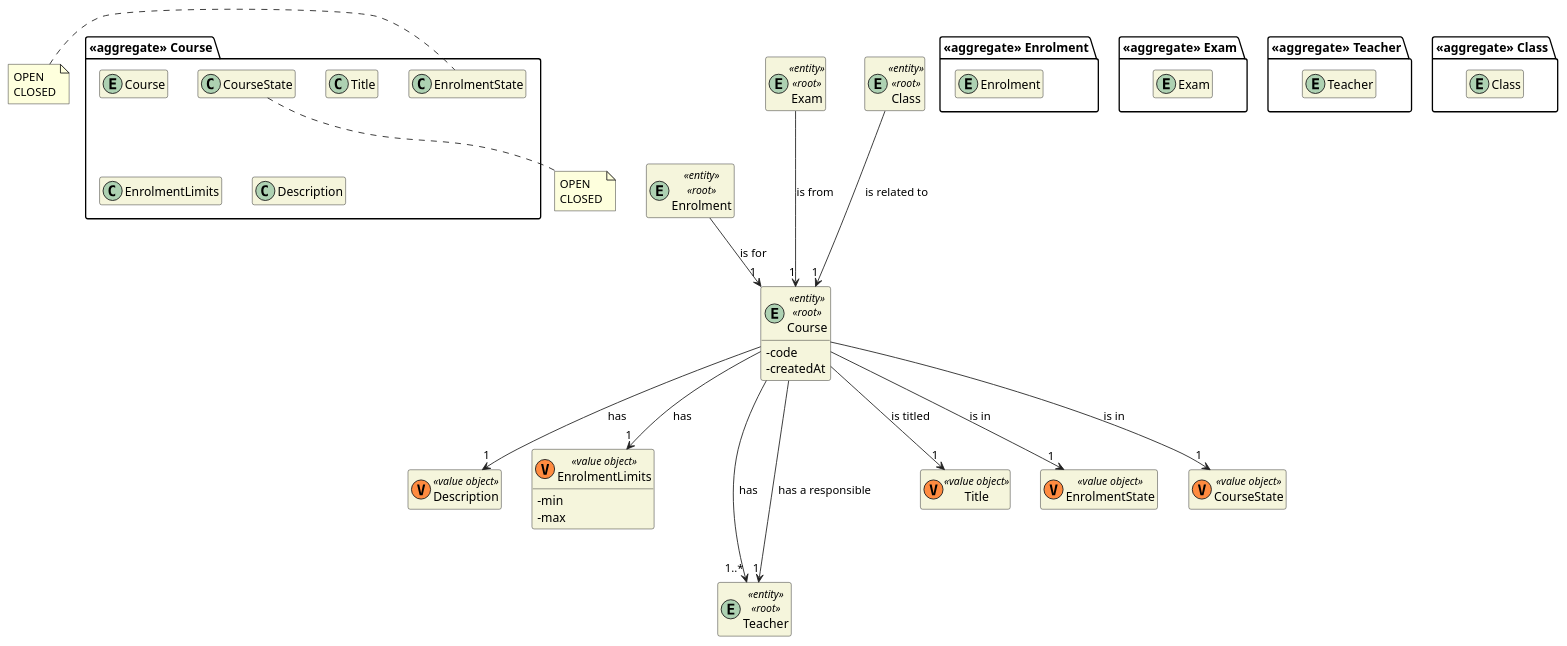
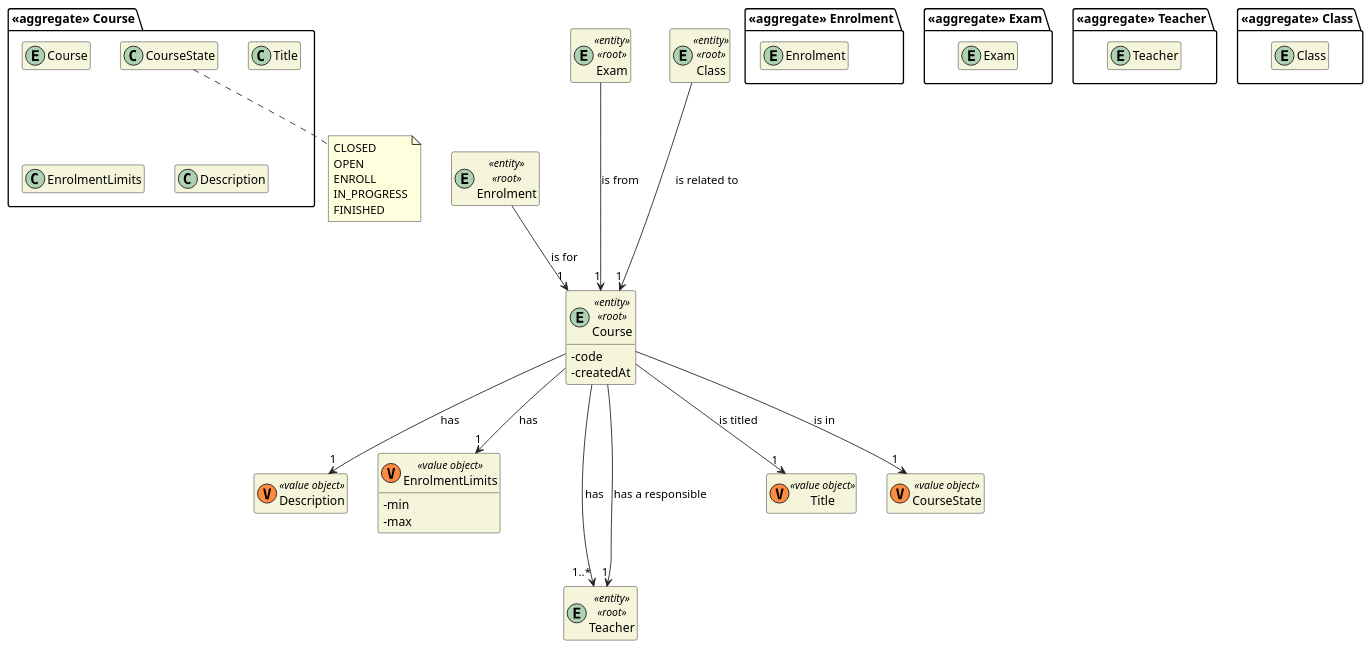
One commit to miseEnPlace-dev/lapr4 changed the diagram in docs/dm/DM_Course.puml. Above: the diagram before and after it, drawn with PlantUML. The commit also changed 15 other files, not shown here.

```diff
--- a/docs/dm/DM_Course.puml
+++ b/docs/dm/DM_Course.puml
@@ -1,81 +1,77 @@
 @startuml DM-COURSE
 'https://plantuml.com/class-diagram
 
 skinparam classAttributeIconSize 0
 hide empty attributes
 hide empty methods
 skinparam classBackgroundColor beige
 skinparam ArrowColor #222222
 
 package "<<aggregate>> Course" {
   entity Course
 
   class Title
-  class EnrolmentState
   class CourseState
 
   class EnrolmentLimits
   class Description
 }
 
 class Description <<(V,#FF8B40) value object>> {}
 class EnrolmentLimits <<(V,#FF8B40) value object>> {
   - min
   - max
 }
 
 package "<<aggregate>> Enrolment" {
   entity Enrolment
 }
 
 entity Course <<entity>> <<root>> {
   - code
   - createdAt
 }
 
 entity Enrolment <<entity>> <<root>> {
 }
 
 package "<<aggregate>> Exam" {
   entity Exam
 }
 
 entity Exam <<entity>> <<root>> {
 }
 
 package "<<aggregate>> Teacher" {
   entity Teacher
 }
 
 entity Teacher <<entity>> <<root>> {
 }
 
 package "<<aggregate>> Class" {
   entity Class
 }
 
 entity Class <<entity>> <<root>> {
 }
 
-note left of EnrolmentState : OPEN\nCLOSED
-note bottom of CourseState : OPEN\nCLOSED
+note bottom of CourseState : CLOSED\nOPEN\nENROLL\nIN_PROGRESS\nFINISHED
 
 class Title <<(V,#FF8B40) value object>> {}
-class EnrolmentState <<(V,#FF8B40) value object>> {}
 class CourseState <<(V,#FF8B40) value object>> {}
 
 Course --> "1" Title : is titled
-Course --> "1" EnrolmentState : is in
 Course ---> "1..*" Teacher : has
 Course --> "1" Teacher : has a responsible
 Course --> "1" CourseState : is in
 Course --> "1" Description : has
 Course --> "1" EnrolmentLimits : has
 
 Enrolment --> "1" Course : is for
 
 Exam ---> "1" Course : is from
 
 Class ---> "1" Course : is related to
 
 @enduml
```
